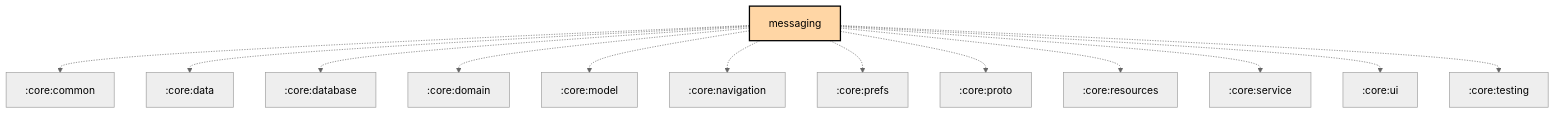
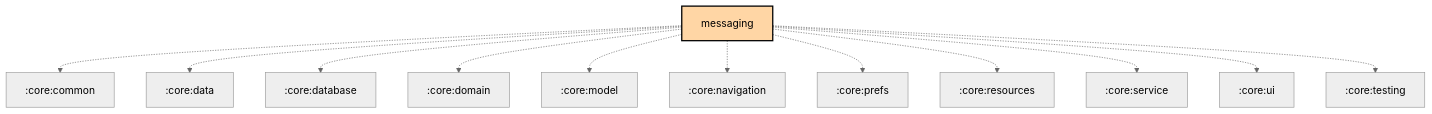
The diagram in feature/messaging/README.md (meshtastic/Meshtastic-Android), drawn with Mermaid (neutral theme) before and after one commit. The commit also changed 17 other files, not shown here.

First line of the commit message:
chore: Scheduled updates (Firmware, Hardware, Translations, Graphs)

````diff
--- a/feature/messaging/README.md
+++ b/feature/messaging/README.md
@@ -27,30 +27,29 @@
 ```mermaid
 graph TB
   :feature:messaging[messaging]:::kmp-feature
   :feature:messaging -.-> :core:common
   :feature:messaging -.-> :core:data
   :feature:messaging -.-> :core:database
   :feature:messaging -.-> :core:domain
   :feature:messaging -.-> :core:model
   :feature:messaging -.-> :core:navigation
   :feature:messaging -.-> :core:prefs
-  :feature:messaging -.-> :core:proto
   :feature:messaging -.-> :core:resources
   :feature:messaging -.-> :core:service
   :feature:messaging -.-> :core:ui
   :feature:messaging -.-> :core:testing
 
 classDef android-application fill:#CAFFBF,stroke:#000,stroke-width:2px,color:#000;
 classDef android-application-compose fill:#CAFFBF,stroke:#000,stroke-width:2px,color:#000;
 classDef compose-desktop-application fill:#CAFFBF,stroke:#000,stroke-width:2px,color:#000;
 classDef android-feature fill:#FFD6A5,stroke:#000,stroke-width:2px,color:#000;
 classDef android-library fill:#9BF6FF,stroke:#000,stroke-width:2px,color:#000;
 classDef android-library-compose fill:#9BF6FF,stroke:#000,stroke-width:2px,color:#000;
 classDef android-test fill:#A0C4FF,stroke:#000,stroke-width:2px,color:#000;
 classDef jvm-library fill:#BDB2FF,stroke:#000,stroke-width:2px,color:#000;
 classDef kmp-feature fill:#FFD6A5,stroke:#000,stroke-width:2px,color:#000;
 classDef kmp-library-compose fill:#FFC1CC,stroke:#000,stroke-width:2px,color:#000;
 classDef kmp-library fill:#FFC1CC,stroke:#000,stroke-width:2px,color:#000;
 classDef unknown fill:#FFADAD,stroke:#000,stroke-width:2px,color:#000;
 
 ```
````
